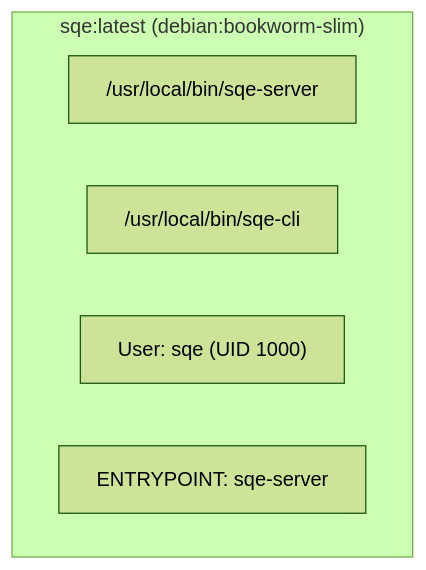
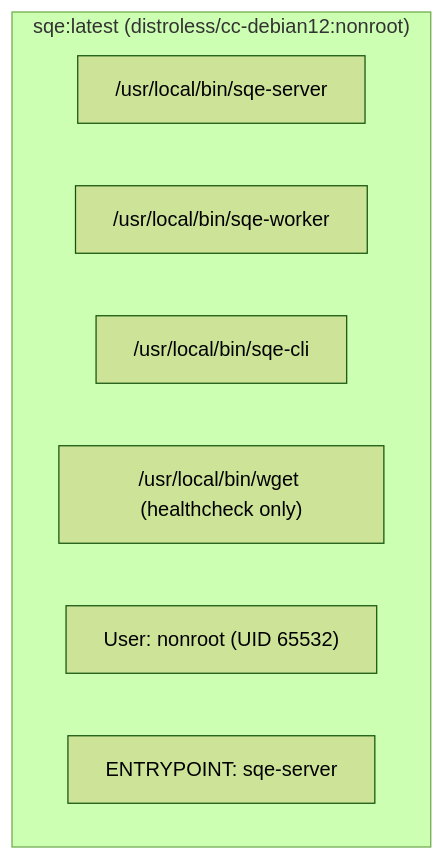
The diagram in docs/site/book/src/deployment/docker.md (schubergphilis/sqe), drawn with Mermaid (forest theme) before and after one commit. The commit also changed other lines of this file and 23 other files, not shown here.

First line of the commit message:
fix(docker): ship SQE on distroless and gate container CVEs in aikido

````diff
--- a/docs/site/book/src/deployment/docker.md
+++ b/docs/site/book/src/deployment/docker.md
@@ -7,9 +7,11 @@
 ```mermaid
 graph TB
-    subgraph "sqe:latest (debian:bookworm-slim)"
+    subgraph "sqe:latest (distroless/cc-debian12:nonroot)"
         BIN1["/usr/local/bin/sqe-server"]
-        BIN2["/usr/local/bin/sqe-cli"]
-        USER["User: sqe (UID 1000)"]
+        BIN2["/usr/local/bin/sqe-worker"]
+        BIN3["/usr/local/bin/sqe-cli"]
+        HC["/usr/local/bin/wget (healthcheck only)"]
+        USER["User: nonroot (UID 65532)"]
         EP["ENTRYPOINT: sqe-server"]
     end
 ```
````
